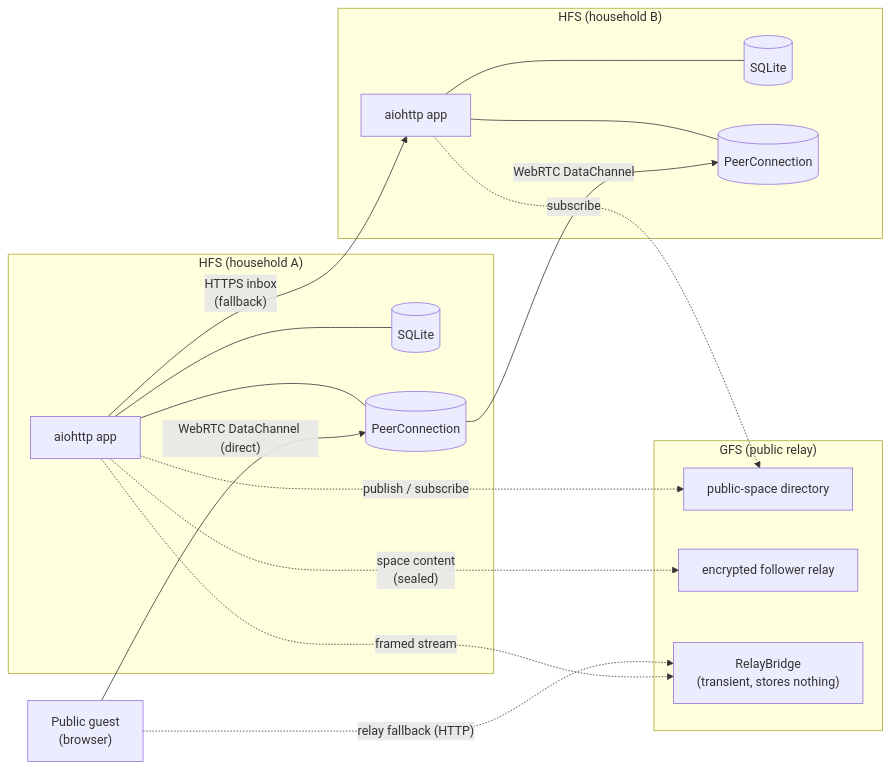
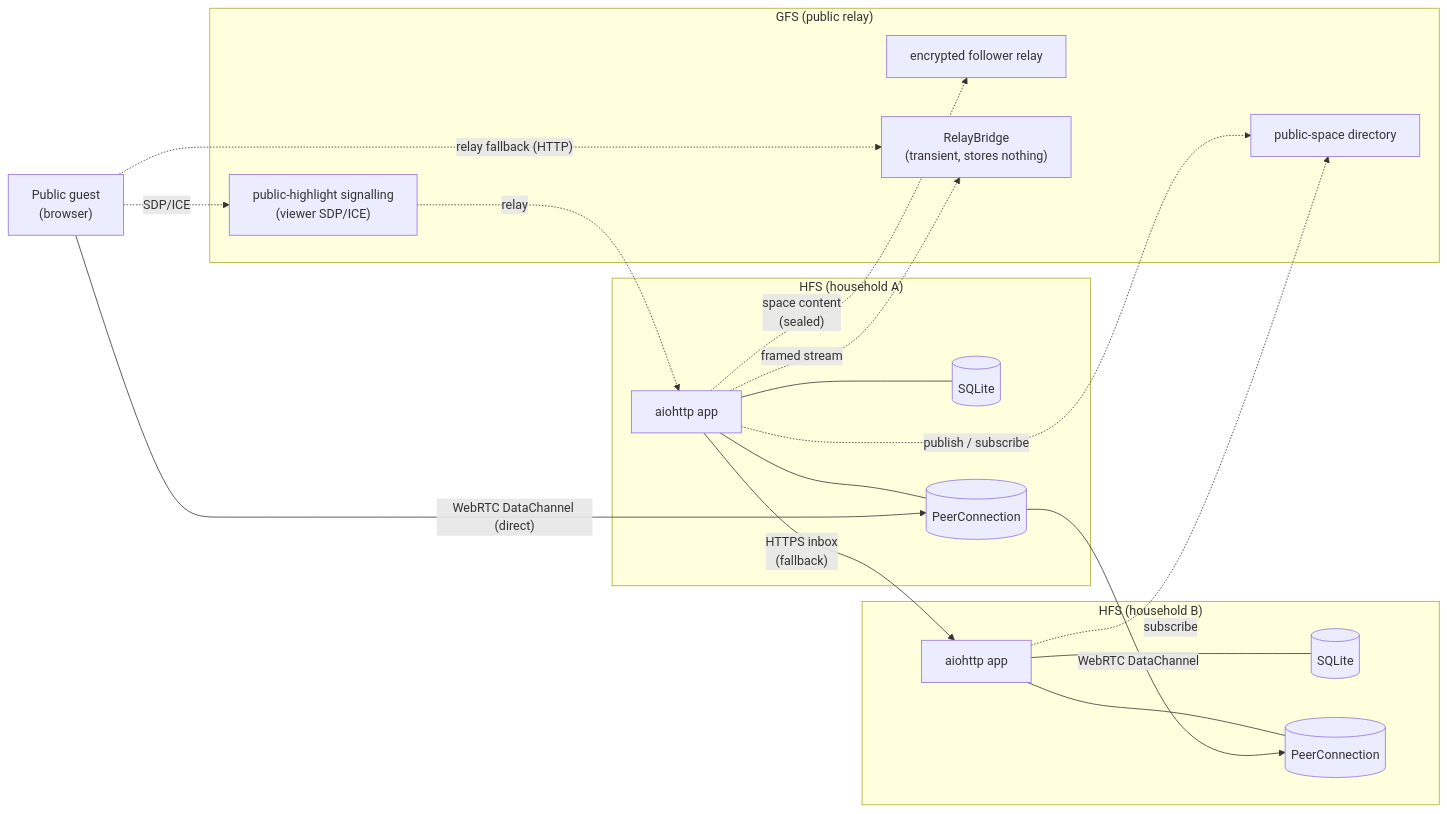
Before and after one commit to social-home-io/socialhome: the first of 3 diagrams in docs/architecture.md, drawn with Mermaid. The commit also changed other lines of this file and 3 other files, not shown here.

First line of the commit message:
Docs: keep the GFS's public-highlight viewer signalling in the picture

````diff
--- a/docs/architecture.md
+++ b/docs/architecture.md
@@ -64,34 +66,37 @@
 ```mermaid
 flowchart LR
     subgraph HFS_A["HFS (household A)"]
         A_app["aiohttp app"]
         A_db[(SQLite)]
         A_pc[("PeerConnection")]
         A_app --- A_db
         A_app --- A_pc
     end
     subgraph HFS_B["HFS (household B)"]
         B_app["aiohttp app"]
         B_db[(SQLite)]
         B_pc[("PeerConnection")]
         B_app --- B_db
         B_app --- B_pc
     end
     subgraph GFS["GFS (public relay)"]
         G_dir["public-space directory"]
         G_relay["encrypted follower relay"]
+        G_hl["public-highlight signalling<br/>(viewer SDP/ICE)"]
         G_bridge["RelayBridge<br/>(transient, stores nothing)"]
     end
     V_pub["Public guest<br/>(browser)"]
 
     A_pc -- "WebRTC DataChannel" --> B_pc
     A_app -- "HTTPS inbox<br/>(fallback)" --> B_app
 
     A_app -. "publish / subscribe" .-> G_dir
     B_app -. "subscribe" .-> G_dir
     A_app -. "space content<br/>(sealed)" .-> G_relay
 
+    V_pub -. "SDP/ICE" .-> G_hl
+    G_hl -. "relay" .-> A_app
     V_pub -- "WebRTC DataChannel (direct)" --> A_pc
     V_pub -. "relay fallback (HTTP)" .-> G_bridge
     A_app -. "framed stream" .-> G_bridge
 ```
````
